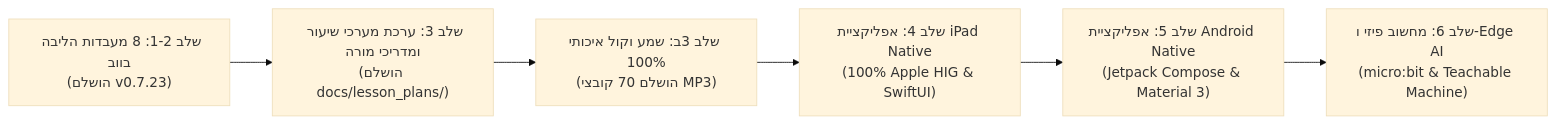
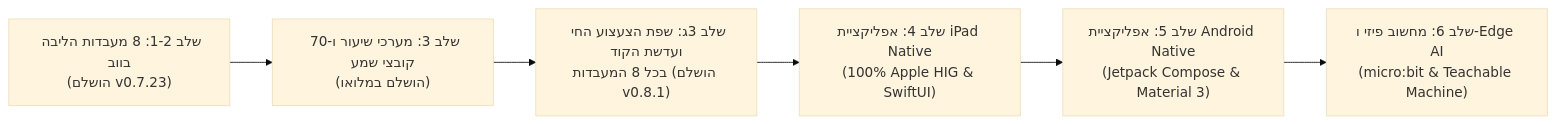
Before and after one commit to omerninyo/zenlab: the diagram in ROADMAP.he.md, drawn with Mermaid (base theme). The commit also changed other lines of this file and 3 other files, not shown here.

First line of the commit message:
docs(roadmap,rfc): synchronize ROADMAP (EN/HE) to v0.8.1 and add RFC 004 for Matific Living Toy & X-Ray Code Lens

````diff
--- a/ROADMAP.he.md
+++ b/ROADMAP.he.md
@@ -13,8 +13,8 @@
 ```mermaid
 flowchart LR
-    P1["שלב 1-2: 8 מעבדות הליבה בווב\n(הושלם v0.7.23)"] --> P3["שלב 3: ערכת מערכי שיעור ומדריכי מורה\n(הושלם docs/lesson_plans/)"]
-    P3 --> P3B["שלב 3ב: שמע וקול איכותי 100%\n(הושלם 70 קובצי MP3)"]
-    P3B --> P4["שלב 4: אפליקציית iPad Native\n(100% Apple HIG & SwiftUI)"]
+    P1["שלב 1-2: 8 מעבדות הליבה בווב\n(הושלם v0.7.23)"] --> P3["שלב 3: מערכי שיעור ו-70 קובצי שמע\n(הושלם במלואו)"]
+    P3 --> P3C["שלב 3ג: שפת הצעצוע החי ועדשת הקוד\nבכל 8 המעבדות (הושלם v0.8.1)"]
+    P3C --> P4["שלב 4: אפליקציית iPad Native\n(100% Apple HIG & SwiftUI)"]
     P4 --> P5["שלב 5: אפליקציית Android Native\n(Jetpack Compose & Material 3)"]
     P5 --> P6["שלב 6: מחשוב פיזי ו-Edge AI\n(micro:bit & Teachable Machine)"]
 ```
````
